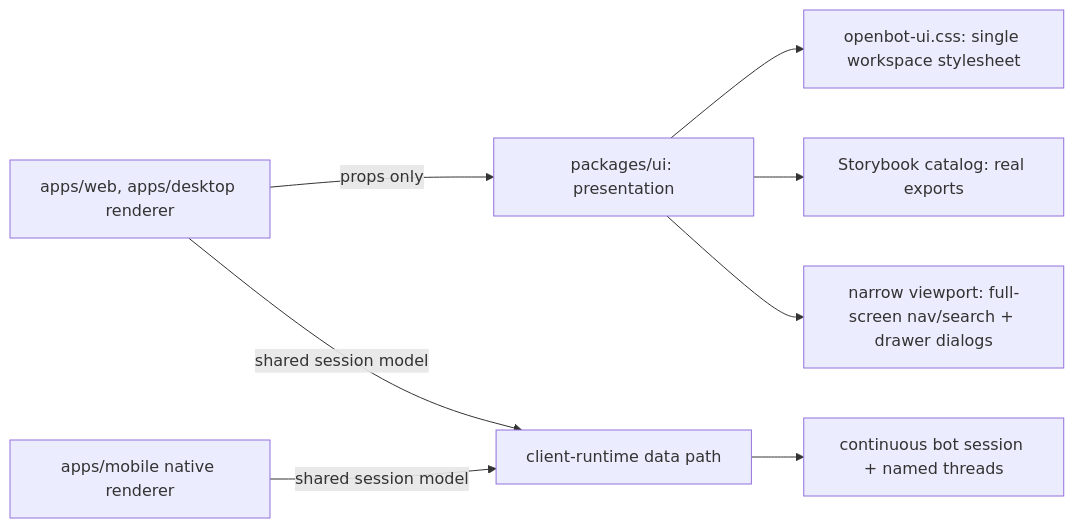
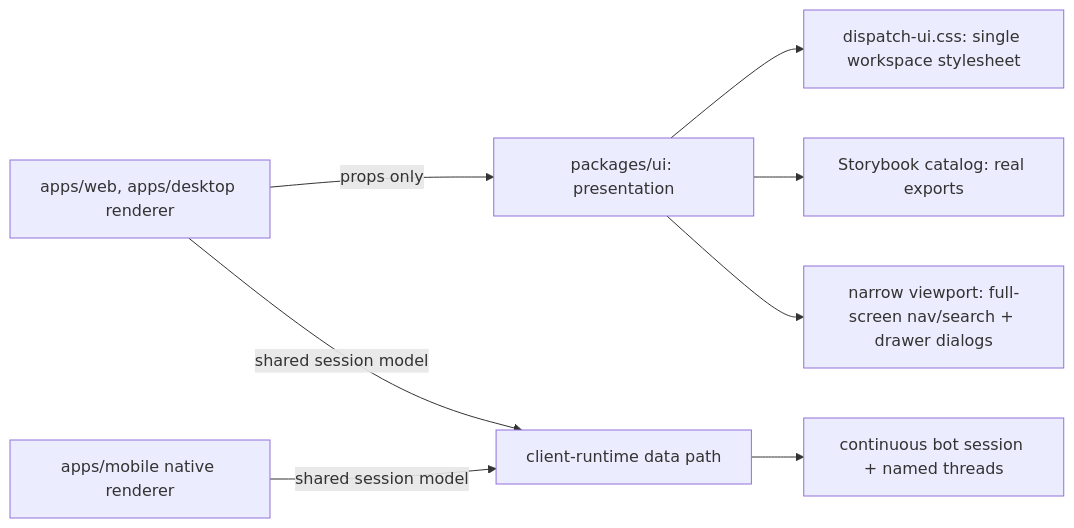
One commit to trytilde/dispatch changed the diagram in docs/adrs/0023-workspace-ui-package-owns-presentation.md. Above: the diagram before and after it, drawn with Mermaid. The commit also changed other lines of this file and 668 other files, not shown here.

````diff
--- a/docs/adrs/0023-workspace-ui-package-owns-presentation.md
+++ b/docs/adrs/0023-workspace-ui-package-owns-presentation.md
@@ -52,10 +52,10 @@
 ```mermaid
 flowchart LR
   A["apps/web, apps/desktop renderer"] -->|"props only"| U["packages/ui: presentation"]
   M["apps/mobile native renderer"] -->|"shared session model"| D["client-runtime data path"]
   A -->|"shared session model"| D
   D --> T["continuous bot session + named threads"]
-  U --> C["openbot-ui.css: single workspace stylesheet"]
+  U --> C["dispatch-ui.css: single workspace stylesheet"]
   U --> S["Storybook catalog: real exports"]
   U --> R["narrow viewport: full-screen nav/search + drawer dialogs"]
 ```
````
